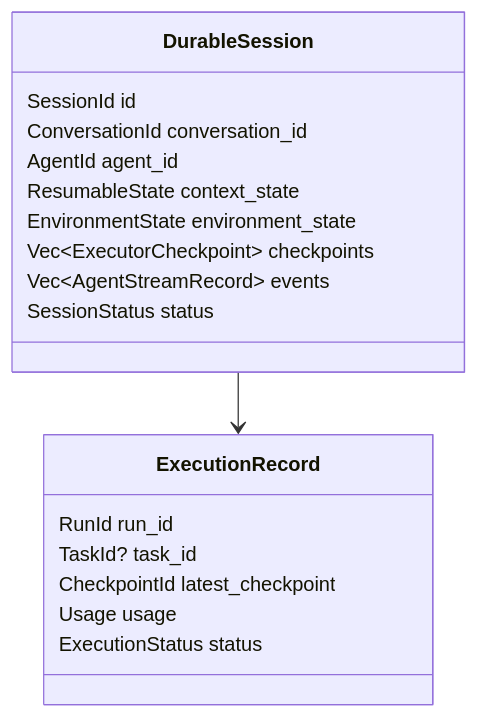
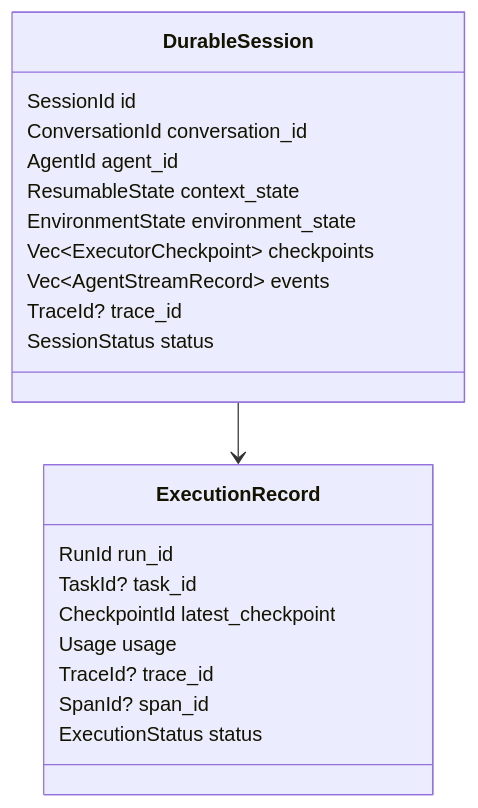
The first of 3 diagrams in spec/ops/02-durable-service-runtime.md (Wh1isper/starweaver), drawn with Mermaid before and after one commit. The commit also changed other lines of this file and 17 other files, not shown here.

````diff
--- a/spec/ops/02-durable-service-runtime.md
+++ b/spec/ops/02-durable-service-runtime.md
@@ -18,23 +40,26 @@
 ```mermaid
 classDiagram
     class DurableSession {
         SessionId id
         ConversationId conversation_id
         AgentId agent_id
         ResumableState context_state
         EnvironmentState environment_state
         Vec~ExecutorCheckpoint~ checkpoints
         Vec~AgentStreamRecord~ events
+        TraceId? trace_id
         SessionStatus status
     }
 
     class ExecutionRecord {
         RunId run_id
         TaskId? task_id
         CheckpointId latest_checkpoint
         Usage usage
+        TraceId? trace_id
+        SpanId? span_id
         ExecutionStatus status
     }
 
     DurableSession --> ExecutionRecord
 ```
````
